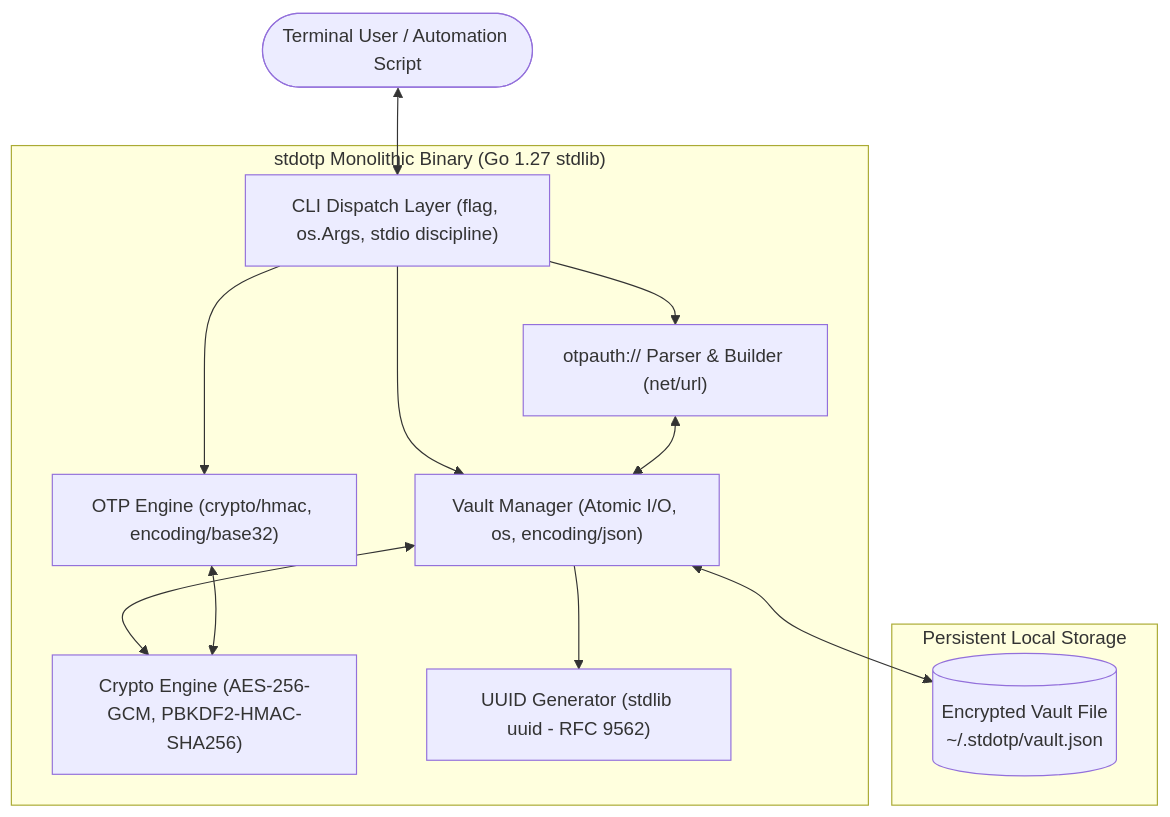
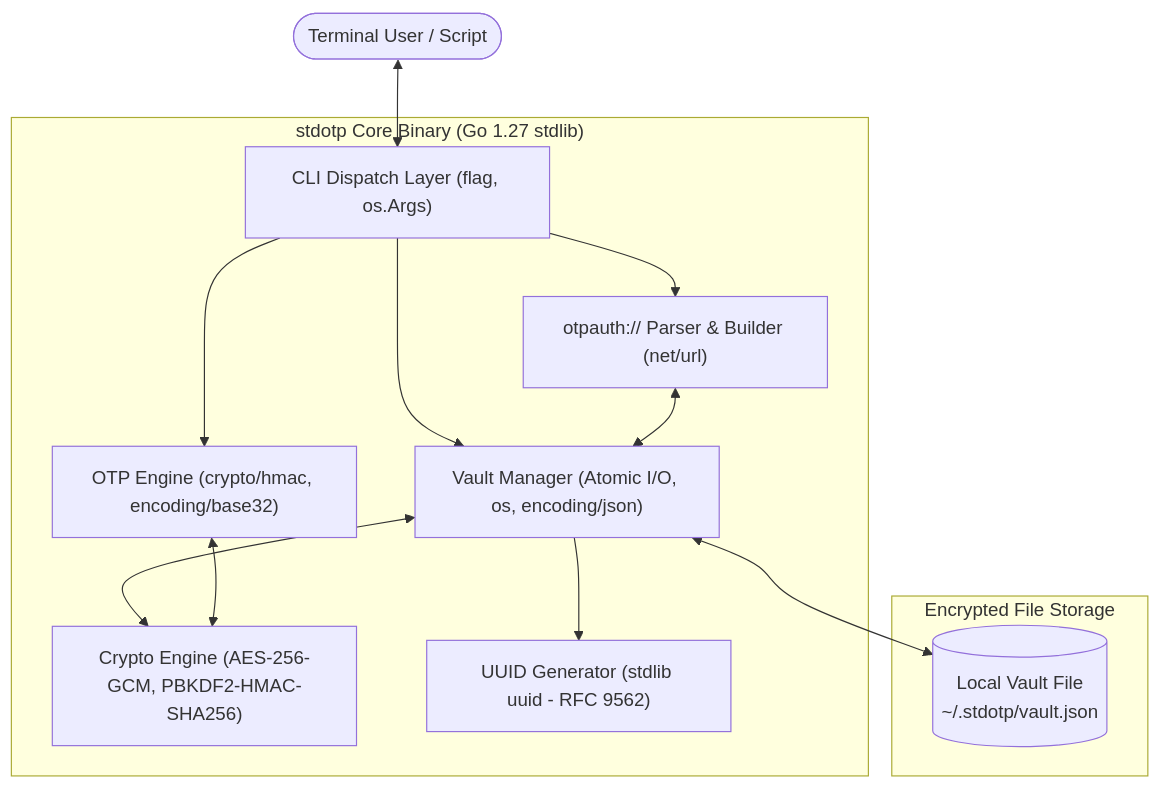
The first of 4 diagrams in README.md (moin08s/stdotp), drawn with Mermaid before and after one commit. The commit also changed other lines of this file, not shown here.

Commit message:
docs: make README 100% self-contained with offline judge verification guide, ASCII & Mermaid diagrams, full substitution table, and verbatim test proofs

````diff
--- a/README.md
+++ b/README.md
@@ -53,19 +123,19 @@
 ```mermaid
 graph TD
-    User([Terminal User / Automation Script]) <--> CLI["CLI Dispatch Layer (flag, os.Args, stdio discipline)"]
+    User([Terminal User / Script]) <--> CLI["CLI Dispatch Layer (flag, os.Args)"]
 
-    subgraph Core_Binary["stdotp Monolithic Binary (Go 1.27 stdlib)"]
+    subgraph Core["stdotp Core Binary (Go 1.27 stdlib)"]
         CLI --> Parser["otpauth:// Parser & Builder (net/url)"]
         CLI --> VaultMgr["Vault Manager (Atomic I/O, os, encoding/json)"]
         CLI --> OTPGen["OTP Engine (crypto/hmac, encoding/base32)"]
 
         Parser <--> VaultMgr
         VaultMgr <--> Crypto["Crypto Engine (AES-256-GCM, PBKDF2-HMAC-SHA256)"]
         OTPGen <--> Crypto
         VaultMgr --> UUIDGen["UUID Generator (stdlib uuid - RFC 9562)"]
     end
 
-    subgraph Storage["Persistent Local Storage"]
-        VaultMgr <--> VaultFile[("Encrypted Vault File<br/>~/.stdotp/vault.json")]
+    subgraph Storage["Encrypted File Storage"]
+        VaultMgr <--> VaultFile[("Local Vault File<br/>~/.stdotp/vault.json")]
     end
 ```
````
